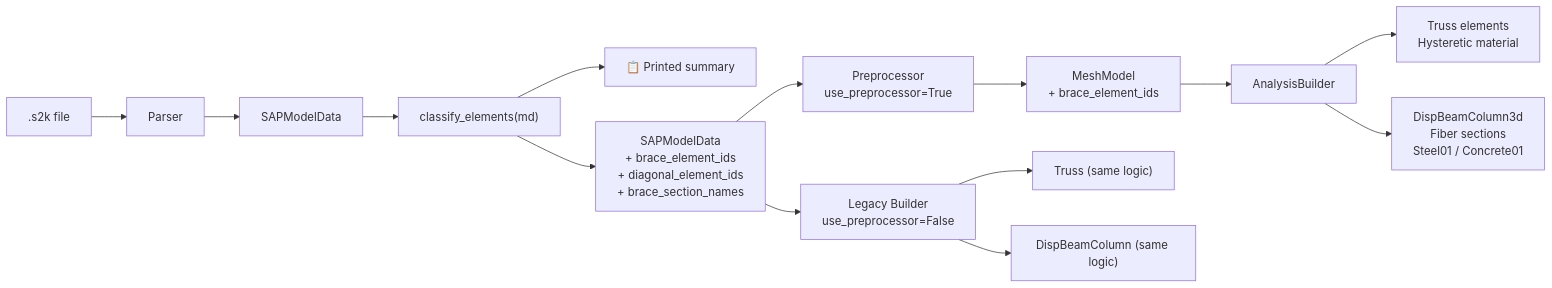
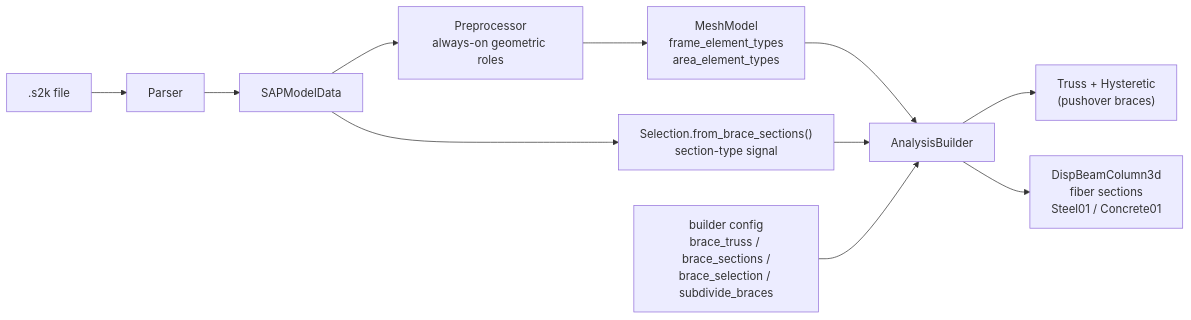
One commit to boustrephon/fea_toolkit changed the diagram in docs/element_classification.md. Above: the diagram before and after it, drawn with Mermaid. The commit also changed other lines of this file, not shown here.

First line of the commit message:
docs(classification): reconcile element classification doc with the real API

````diff
--- a/docs/element_classification.md
+++ b/docs/element_classification.md
@@ -39,22 +42,17 @@
 ```mermaid
 flowchart LR
     S2K[".s2k file"] --> Parser
     Parser --> md[SAPModelData]
 
-    md --> Classify["classify_elements(md)"]
+    md --> Prepro["Preprocessor<br/>always-on geometric roles"]
+    Prepro --> MM[MeshModel<br/>frame_element_types<br/>area_element_types]
 
-    Classify --> summary["📋 Printed summary"]
-    Classify --> md_out[SAPModelData<br/>+ brace_element_ids<br/>+ diagonal_element_ids<br/>+ brace_section_names]
+    md --> BraceSel["Selection.from_brace_sections()<br/>section-type signal"]
 
-    md_out --> Legacy["Legacy Builder<br/>use_preprocessor=False"]
-    md_out --> Prepro["Preprocessor<br/>use_preprocessor=True"]
+    MM --> AB[AnalysisBuilder]
+    BraceSel --> AB
+    CFG["builder config<br/>brace_truss / brace_sections /<br/>brace_selection / subdivide_braces"] --> AB
 
-    Prepro --> MM[MeshModel<br/>+ brace_element_ids]
-    MM --> AB[AnalysisBuilder]
-
-    AB --> Truss["Truss elements<br/>Hysteretic material"]
-    AB --> Fiber["DispBeamColumn3d<br/>Fiber sections<br/>Steel01 / Concrete01"]
-
-    Legacy --> LegacyTruss["Truss (same logic)"]
-    Legacy --> LegacyFiber["DispBeamColumn (same logic)"]
+    AB --> Truss["Truss + Hysteretic<br/>(pushover braces)"]
+    AB --> Fiber["DispBeamColumn3d<br/>fiber sections<br/>Steel01 / Concrete01"]
 ```
````
